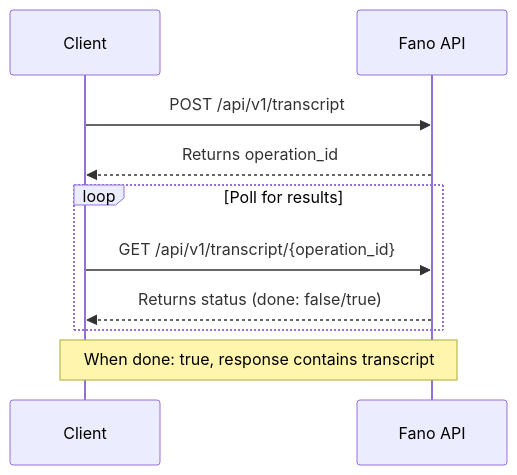
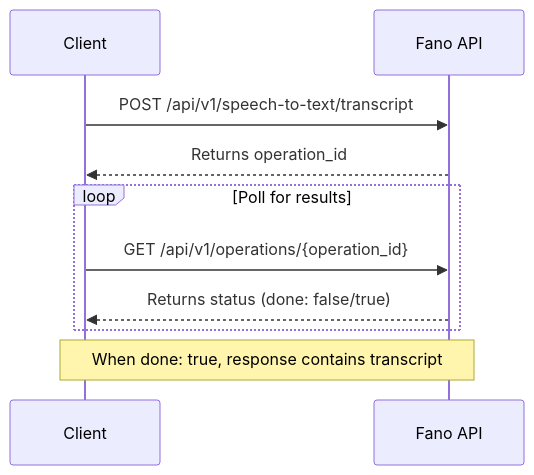
One commit to HeroNgling/fano-cloud-speech-api changed the diagram in docs/get-started/transcribe-pre-recorded-audio.mdx. Above: the diagram before and after it, drawn with Mermaid. The commit also changed other lines of this file and 8 other files, not shown here.

````diff
--- a/docs/get-started/transcribe-pre-recorded-audio.mdx
+++ b/docs/get-started/transcribe-pre-recorded-audio.mdx
@@ -13,15 +13,15 @@
 ```mermaid
 sequenceDiagram
     participant Client
     participant API as Fano API
     
-    Client->>API: POST /api/v1/transcript
+    Client->>API: POST /api/v1/speech-to-text/transcript
     API-->>Client: Returns operation_id
     
     loop Poll for results
-        Client->>API: GET /api/v1/transcript/{operation_id}
+        Client->>API: GET /api/v1/operations/{operation_id}
         API-->>Client: Returns status (done: false/true)
     end
     
     Note over Client,API: When done: true, response contains transcript
 ```
````
